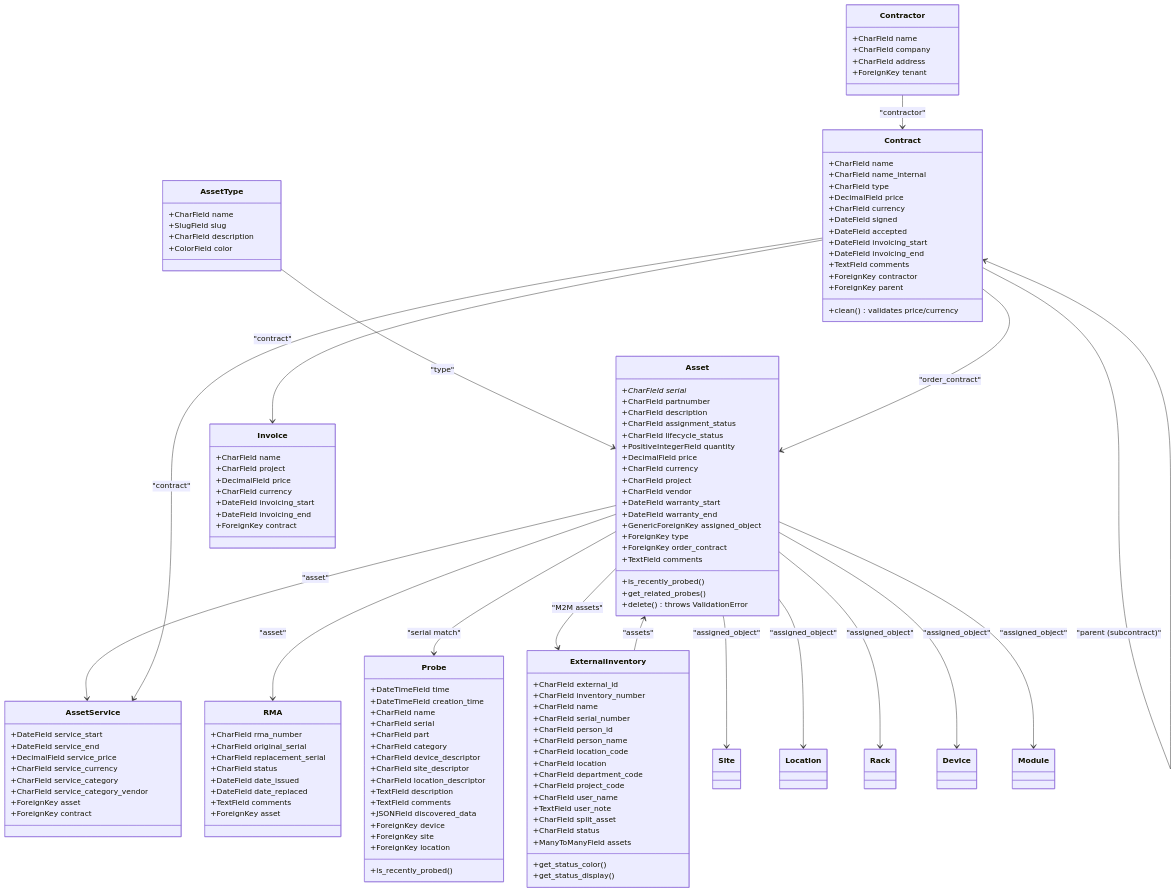
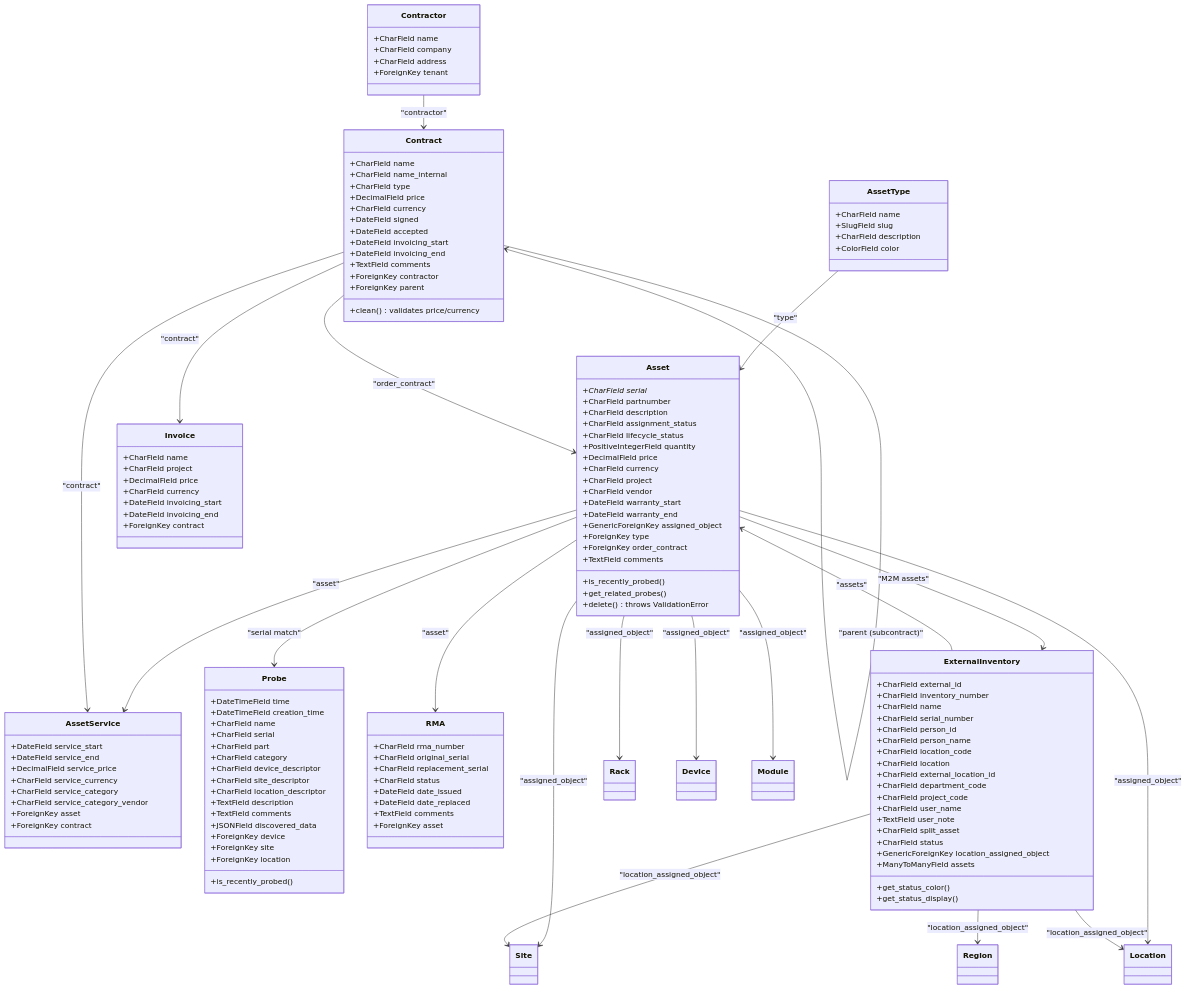
The diagram in README.md (CESNET/inventory-monitor-plugin), drawn with Mermaid before and after one commit. The commit also changed other lines of this file and 3 other files, not shown here.

````diff
--- a/README.md
+++ b/README.md
@@ -155,12 +155,14 @@
         +CharField person_name
         +CharField location_code
         +CharField location
+        +CharField external_location_id
         +CharField department_code
         +CharField project_code
         +CharField user_name
         +TextField user_note
         +CharField split_asset
         +CharField status
+        +GenericForeignKey location_assigned_object
         +ManyToManyField assets
         +get_status_color()
         +get_status_display()
@@ -183,4 +185,8 @@
     Asset --> Rack : "assigned_object"
     Asset --> Device : "assigned_object"
     Asset --> Module : "assigned_object"
+
+    ExternalInventory --> Region : "location_assigned_object"
+    ExternalInventory --> Site : "location_assigned_object"
+    ExternalInventory --> Location : "location_assigned_object"
 ```
````
